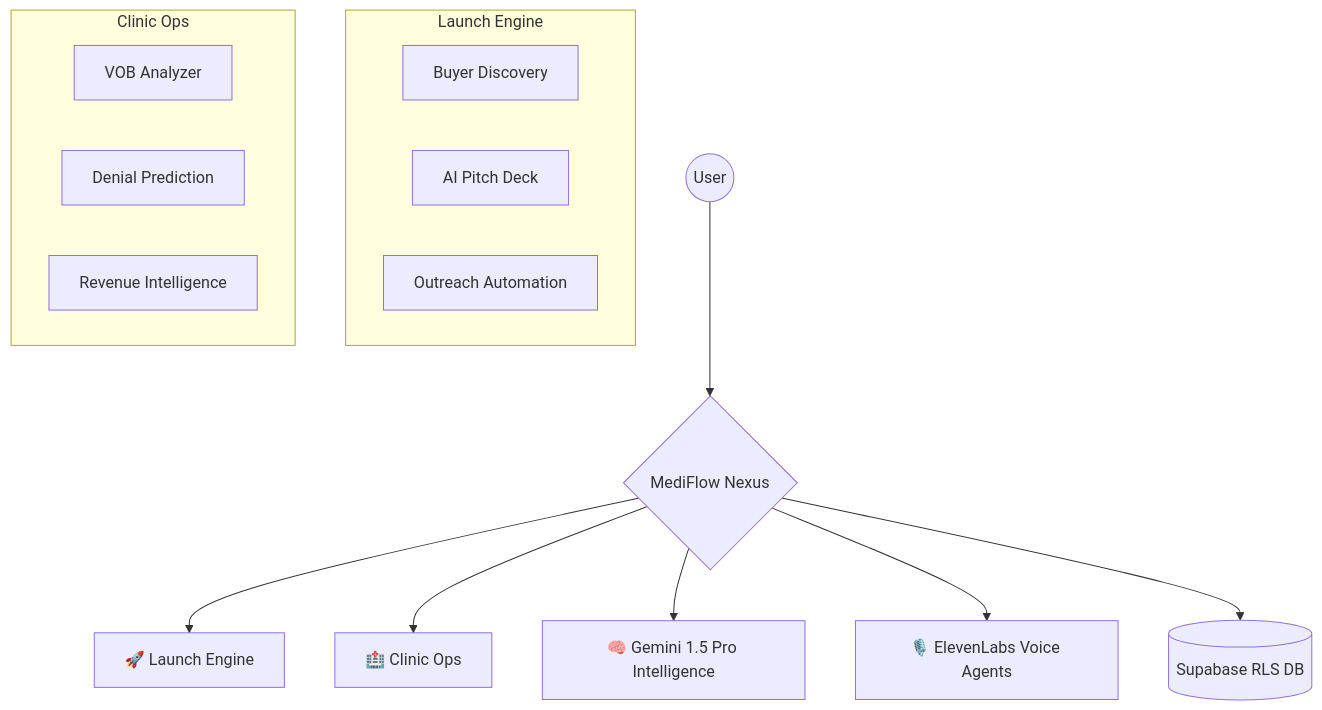
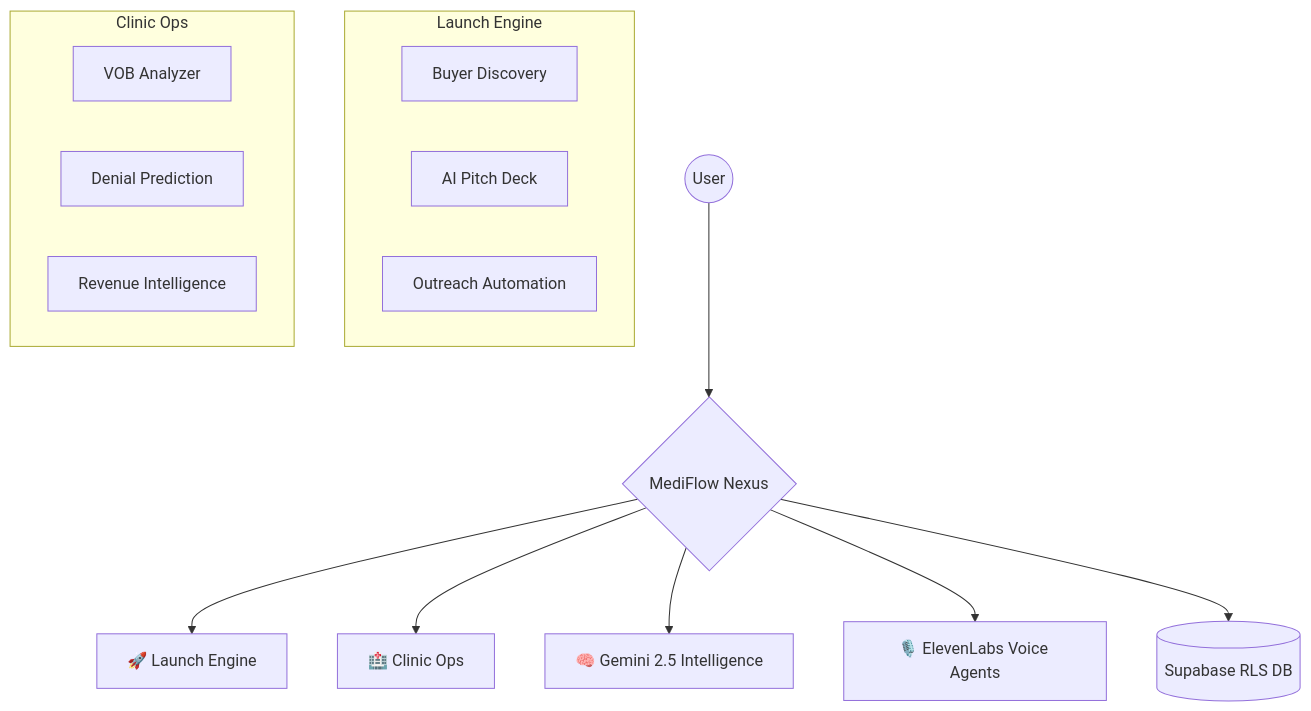
Before and after one commit to Hardik182005/Mediflow-Nexus: the diagram in README.md, drawn with Mermaid. The commit also changed other lines of this file, not shown here.

Commit message:
Updated README to reflect Gemini 2.5 integration

````diff
--- a/README.md
+++ b/README.md
@@ -39,22 +39,22 @@
 ```mermaid
 graph TD
     User((User)) --> Dashboard{MediFlow Nexus}
     Dashboard --> LaunchEngine[🚀 Launch Engine]
     Dashboard --> ClinicOps[🏥 Clinic Ops]
     
     subgraph "Launch Engine"
         LE1[Buyer Discovery]
         LE2[AI Pitch Deck]
         LE3[Outreach Automation]
     end
     
     subgraph "Clinic Ops"
         CO1[VOB Analyzer]
         CO2[Denial Prediction]
         CO3[Revenue Intelligence]
     end
     
-    Dashboard --> AI[🧠 Gemini 1.5 Pro Intelligence]
+    Dashboard --> AI[🧠 Gemini 2.5 Intelligence]
     Dashboard --> Voice[🎙️ ElevenLabs Voice Agents]
     Dashboard --> DB[(Supabase RLS DB)]
 ```
````
